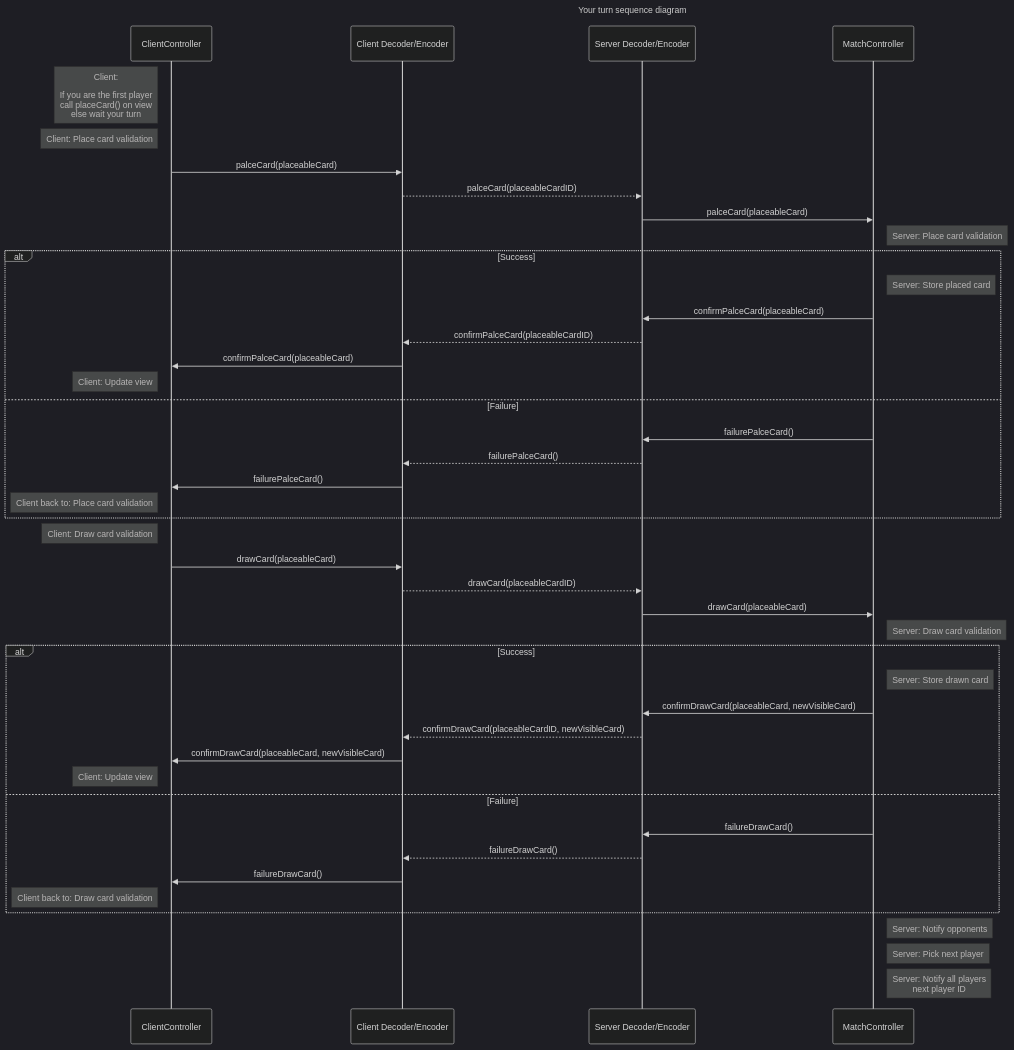
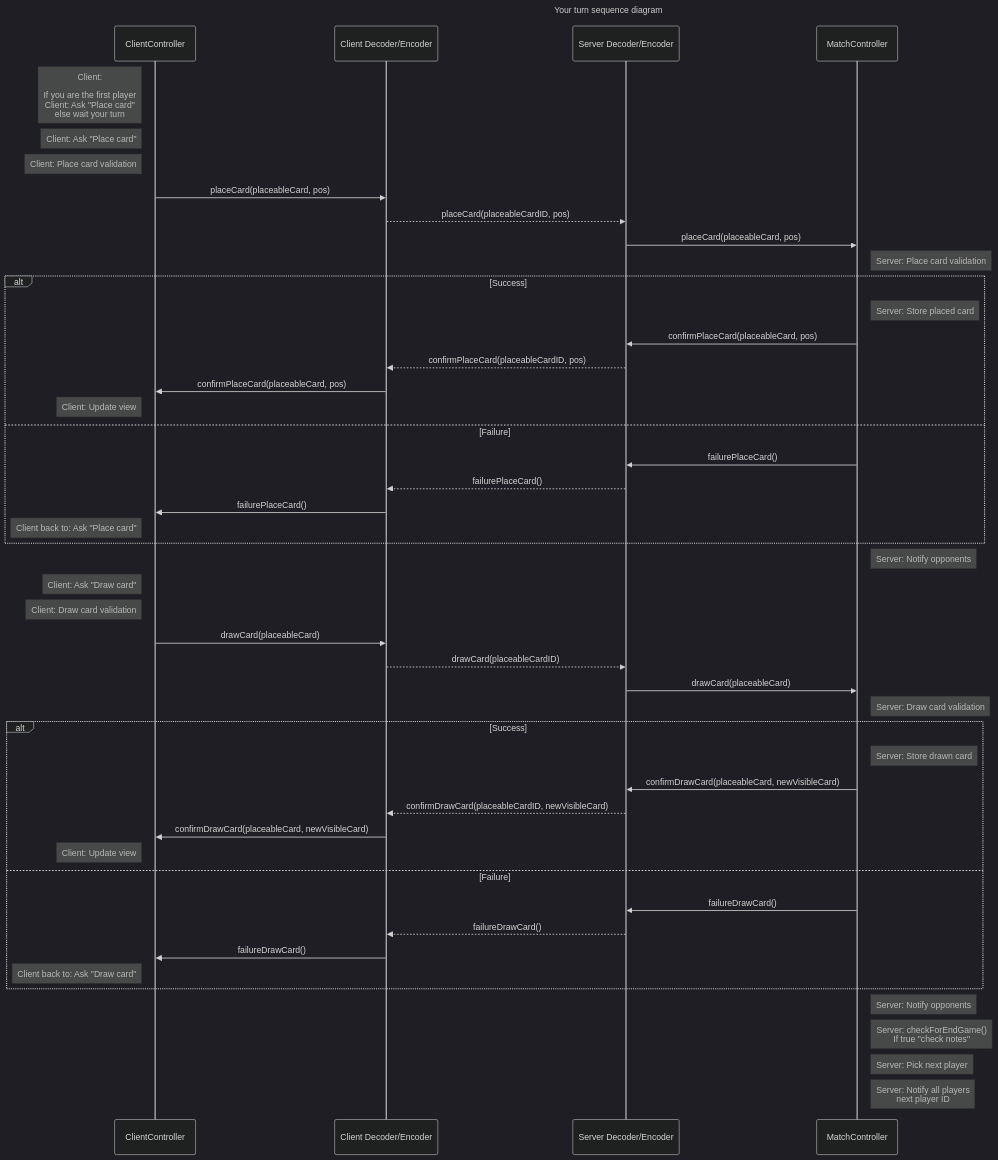
The sixth of 8 diagrams in README.md (SteveOrDan/IS24-AM17), drawn with Mermaid (dark theme) before and after one commit. The commit also changed other lines of this file, not shown here.

First line of the commit message:
Sequence diagram  changes

````diff
--- a/README.md
+++ b/README.md
@@ -1110,71 +1198,76 @@
 ```mermaid
 
 sequenceDiagram
     title Your turn sequence diagram
 
     participant C as ClientController
     participant Cn as Client Decoder/Encoder
     participant Sn as Server Decoder/Encoder
     participant M as MatchController
     
-    Note left of C: Client:<br><br> If you are the first player<br>call placeCard() on view<br>else wait your turn
+    Note left of C: Client:<br><br> If you are the first player<br>Client: Ask "Place card"<br>else wait your turn
+    Note left of C: Client: Ask "Place card"
     Note left of C: Client: Place card validation
 
-    C->>Cn: palceCard(placeableCard)
+    C->>Cn: placeCard(placeableCard, pos)
 
-    Cn-->>Sn: palceCard(placeableCardID)
+    Cn-->>Sn: placeCard(placeableCardID, pos)
 
-    Sn->>M: palceCard(placeableCard)
+    Sn->>M: placeCard(placeableCard, pos)
 
     Note right of M: Server: Place card validation
 
     alt Success
         Note right of M: Server: Store placed card
-        M->>Sn: confirmPalceCard(placeableCard)
+        M->>Sn: confirmPlaceCard(placeableCard, pos)
 
-        Sn-->>Cn: confirmPalceCard(placeableCardID)
+        Sn-->>Cn: confirmPlaceCard(placeableCardID, pos)
 
-        Cn->>C: confirmPalceCard(placeableCard)
+        Cn->>C: confirmPlaceCard(placeableCard, pos)
         Note left of C: Client: Update view
     else Failure
-        M->>Sn: failurePalceCard()
+        M->>Sn: failurePlaceCard()
 
-        Sn-->>Cn: failurePalceCard()
+        Sn-->>Cn: failurePlaceCard()
 
-        Cn->>C: failurePalceCard()
-        Note left of C: Client back to: Place card validation
+        Cn->>C: failurePlaceCard()
+        Note left of C: Client back to: Ask "Place card"
     end
 
+    Note right of M: Server: Notify opponents
+
+    Note left of C: Client: Ask "Draw card"
     Note left of C: Client: Draw card validation
 
     C->>Cn: drawCard(placeableCard)
 
     Cn-->>Sn: drawCard(placeableCardID)
 
     Sn->>M: drawCard(placeableCard)
 
     Note right of M: Server: Draw card validation
 
     alt Success
         Note right of M: Server: Store drawn card
         M->>Sn: confirmDrawCard(placeableCard, newVisibleCard)
 
         Sn-->>Cn: confirmDrawCard(placeableCardID, newVisibleCard)
 
         Cn->>C: confirmDrawCard(placeableCard, newVisibleCard)
         Note left of C: Client: Update view
     else Failure
         M->>Sn: failureDrawCard()
 
         Sn-->>Cn: failureDrawCard()
 
         Cn->>C: failureDrawCard()
-        Note left of C: Client back to: Draw card validation
+        Note left of C: Client back to: Ask "Draw card"
     end
 
     Note right of M: Server: Notify opponents
+    Note right of M: Server: checkForEndGame()<br>If true "check notes"
     Note right of M: Server: Pick next player
     Note right of M: Server: Notify all players<br> next player ID
 
 
 ```
````
